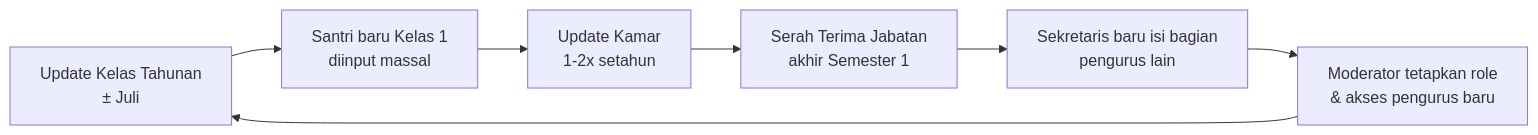
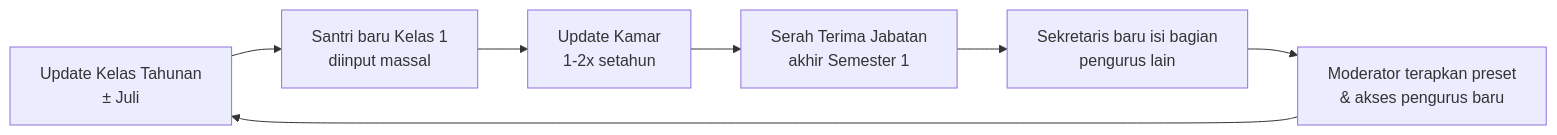
The second of 6 diagrams in README.md (SiJao/ProjectJao), drawn with Mermaid before and after one commit. The commit also changed other lines of this file and 7 other files, not shown here.

First line of the commit message:
Hapus sistem role: akses manual per akun + preset akses

````diff
--- a/README.md
+++ b/README.md
@@ -360,9 +363,9 @@
 ```mermaid
 flowchart LR
     A["Update Kelas Tahunan<br/>± Juli"] --> B["Santri baru Kelas 1<br/>diinput massal"]
     B --> C["Update Kamar<br/>1-2x setahun"]
     C --> D["Serah Terima Jabatan<br/>akhir Semester 1"]
     D --> D2["Sekretaris baru isi bagian<br/>pengurus lain"]
-    D2 --> E["Moderator tetapkan role<br/>& akses pengurus baru"]
+    D2 --> E["Moderator terapkan preset<br/>& akses pengurus baru"]
     E --> A
 ```
````
